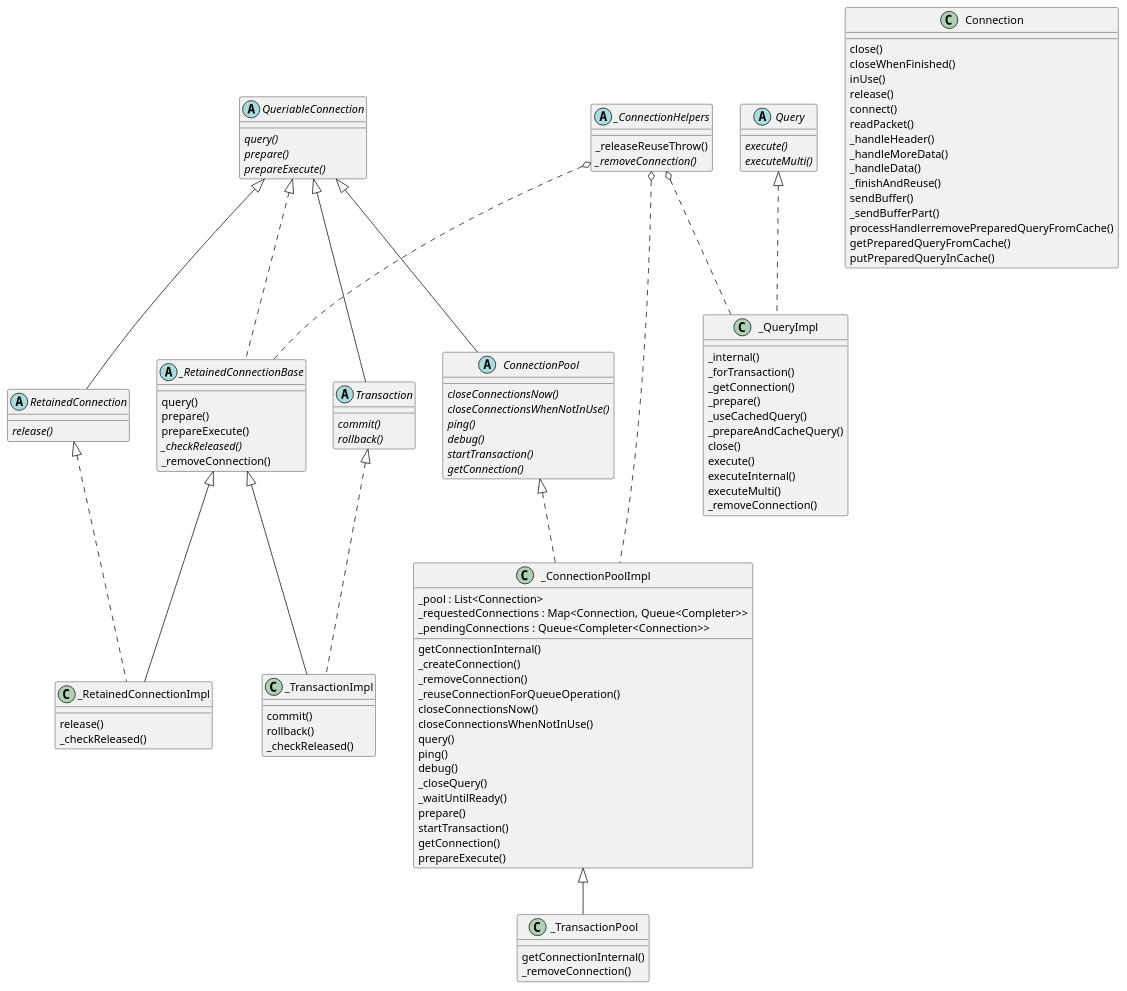
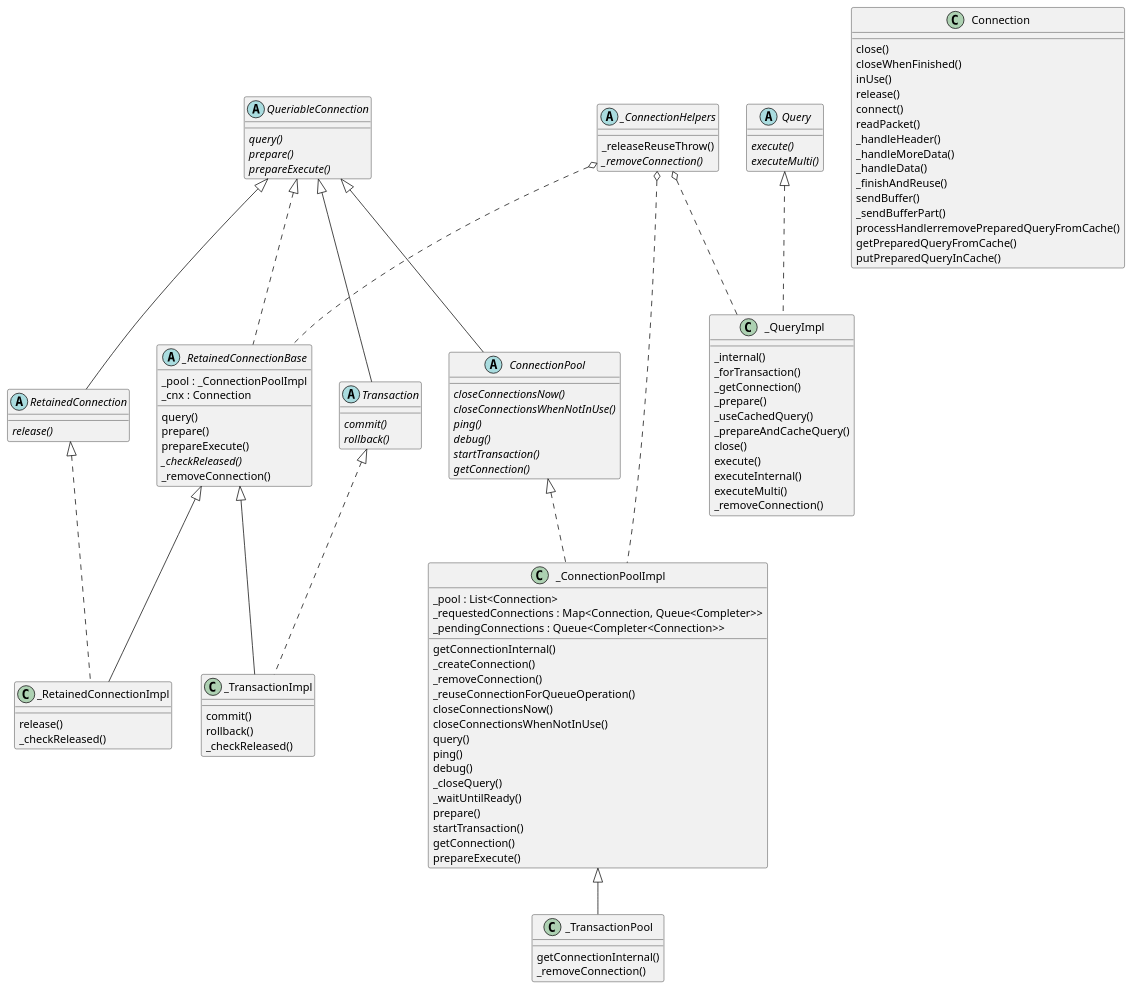
The diagram in classes.puml (dart-drivers/mysql), drawn with PlantUML before and after one commit. The commit also changed 3 other files, not shown here.

```diff
--- a/classes.puml
+++ b/classes.puml
@@ -1,123 +1,125 @@
 @startuml
 /'
 <|-- extends
 <|.. implements
 o-- mixin
 '/
 
 abstract class _ConnectionHelpers {
   _releaseReuseThrow()
   {abstract} _removeConnection()
 }
 abstract class QueriableConnection {
   {abstract} query()
   {abstract} prepare()
   {abstract} prepareExecute()
 }
 abstract class RetainedConnection {
   {abstract} release()
 }
 abstract class _RetainedConnectionBase {
+  _pool : _ConnectionPoolImpl
+  _cnx : Connection
   query()
   prepare()
   prepareExecute()
   {abstract} _checkReleased()
   _removeConnection()
 }
 abstract class Transaction {
   {abstract} commit()
   {abstract} rollback()
 }
 abstract class ConnectionPool {
   {abstract} closeConnectionsNow()
   {abstract} closeConnectionsWhenNotInUse()
   {abstract} ping()
   {abstract} debug()
   {abstract} startTransaction()
   {abstract} getConnection()
 }
 abstract class Query {
   {abstract} execute()
   {abstract} executeMulti()
 }
 class Connection {
   close()
   closeWhenFinished()
   inUse()
   release()
   connect()
   readPacket()
   _handleHeader()
   _handleMoreData()
   _handleData()
   _finishAndReuse()
   sendBuffer()
   _sendBufferPart()
   processHandlerremovePreparedQueryFromCache()
   getPreparedQueryFromCache()
   putPreparedQueryInCache()
 }
 class _RetainedConnectionImpl {
   release()
   _checkReleased()
 }
 class _TransactionImpl {
   commit()
   rollback()
   _checkReleased()
 }
 class _TransactionPool {
   getConnectionInternal()
   _removeConnection()
 }
 class _ConnectionPoolImpl {
   _pool : List<Connection>
   _requestedConnections : Map<Connection, Queue<Completer>>
   _pendingConnections : Queue<Completer<Connection>>
 
   getConnectionInternal()
   _createConnection()
   _removeConnection()
   _reuseConnectionForQueueOperation()
   closeConnectionsNow()
   closeConnectionsWhenNotInUse()
   query()
   ping()
   debug()
   _closeQuery()
   _waitUntilReady()
   prepare()
   startTransaction()
   getConnection()
   prepareExecute()
 }
 class _QueryImpl {
   _internal()
   _forTransaction()
   _getConnection()
   _prepare()
   _useCachedQuery()
   _prepareAndCacheQuery()
   close()
   execute()
   executeInternal()
   executeMulti()
   _removeConnection()
 }
 
 _ConnectionHelpers o.. _RetainedConnectionBase
 _ConnectionHelpers o.. _QueryImpl
 _ConnectionHelpers o.. _ConnectionPoolImpl
 Query <|.. _QueryImpl
 ConnectionPool <|.. _ConnectionPoolImpl
 QueriableConnection <|-- Transaction
 QueriableConnection <|-- ConnectionPool
 QueriableConnection <|-- RetainedConnection
 QueriableConnection <|.. _RetainedConnectionBase
 RetainedConnection <|.. _RetainedConnectionImpl
 _RetainedConnectionBase <|-- _RetainedConnectionImpl
 Transaction <|.. _TransactionImpl
 _RetainedConnectionBase <|-- _TransactionImpl
 _ConnectionPoolImpl <|-- _TransactionPool
 
 @enduml
```
